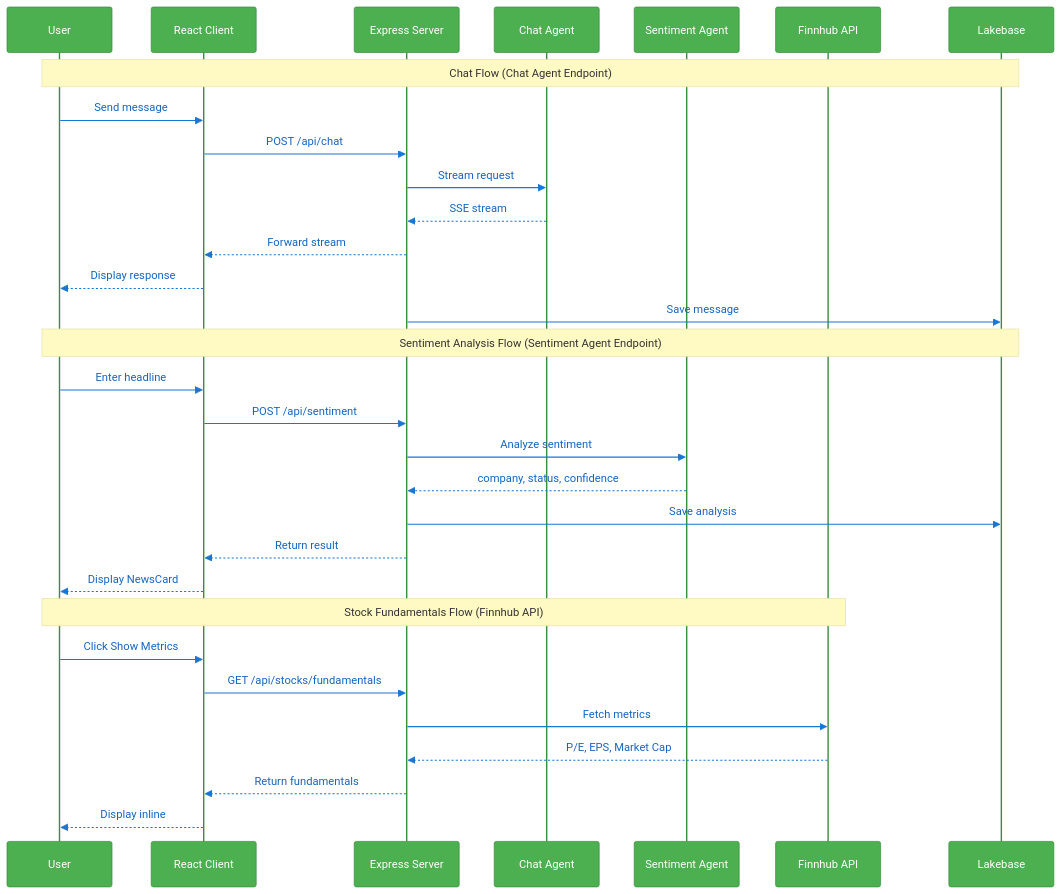
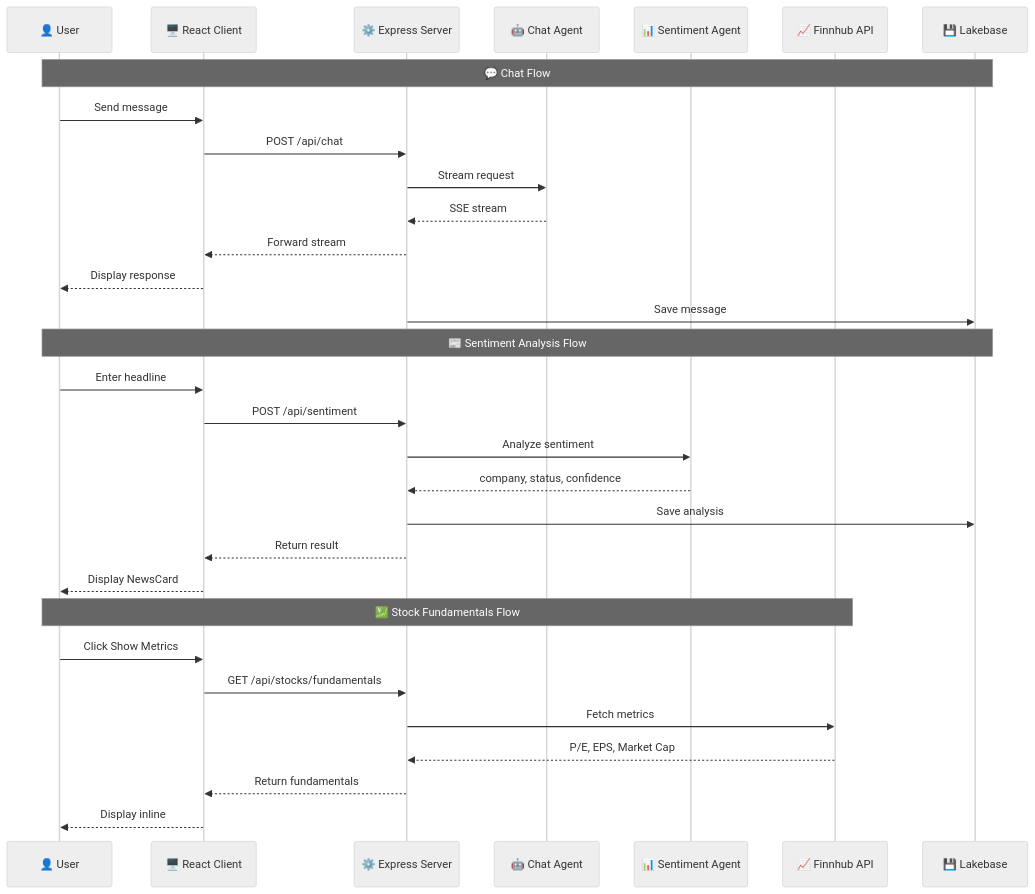
Before and after one commit to AnanyaDBJ/equity-analyst-app-agent: the second of 3 diagrams in README.md, drawn with Mermaid. The commit also changed other lines of this file, not shown here.

Commit message:
docs: Use neutral Mermaid theme for better GitHub rendering

````diff
--- a/README.md
+++ b/README.md
@@ -108,37 +102,37 @@
 ```mermaid
-%%{init: {'theme': 'base', 'themeVariables': { 'primaryColor': '#E3F2FD', 'primaryTextColor': '#1565C0', 'primaryBorderColor': '#1976D2', 'lineColor': '#666', 'noteBkgColor': '#FFF9C4', 'noteTextColor': '#333', 'actorBkg': '#4CAF50', 'actorTextColor': '#fff', 'actorBorder': '#388E3C', 'signalColor': '#1976D2', 'background': '#ffffff'}}}%%
+%%{init: {'theme': 'neutral'}}%%
 sequenceDiagram
-    participant U as User
-    participant C as React Client
-    participant S as Express Server
-    participant CA as Chat Agent
-    participant SA as Sentiment Agent
-    participant F as Finnhub API
-    participant DB as Lakebase
+    participant U as 👤 User
+    participant C as 🖥️ React Client
+    participant S as ⚙️ Express Server
+    participant CA as 🤖 Chat Agent
+    participant SA as 📊 Sentiment Agent
+    participant F as 📈 Finnhub API
+    participant DB as 💾 Lakebase
 
-    Note over U,DB: Chat Flow (Chat Agent Endpoint)
+    Note over U,DB: 💬 Chat Flow
     U->>C: Send message
     C->>S: POST /api/chat
     S->>CA: Stream request
     CA-->>S: SSE stream
     S-->>C: Forward stream
     C-->>U: Display response
     S->>DB: Save message
 
-    Note over U,DB: Sentiment Analysis Flow (Sentiment Agent Endpoint)
+    Note over U,DB: 📰 Sentiment Analysis Flow
     U->>C: Enter headline
     C->>S: POST /api/sentiment
     S->>SA: Analyze sentiment
     SA-->>S: company, status, confidence
     S->>DB: Save analysis
     S-->>C: Return result
     C-->>U: Display NewsCard
 
-    Note over U,F: Stock Fundamentals Flow (Finnhub API)
+    Note over U,F: 💹 Stock Fundamentals Flow
     U->>C: Click Show Metrics
     C->>S: GET /api/stocks/fundamentals
     S->>F: Fetch metrics
     F-->>S: P/E, EPS, Market Cap
     S-->>C: Return fundamentals
     C-->>U: Display inline
 ```
````
